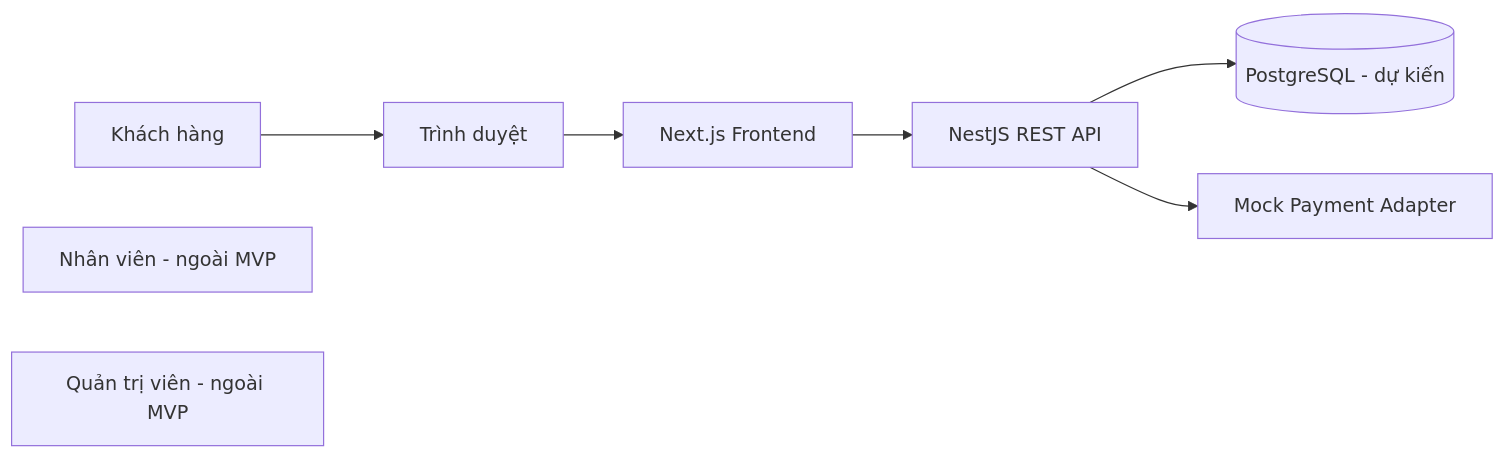
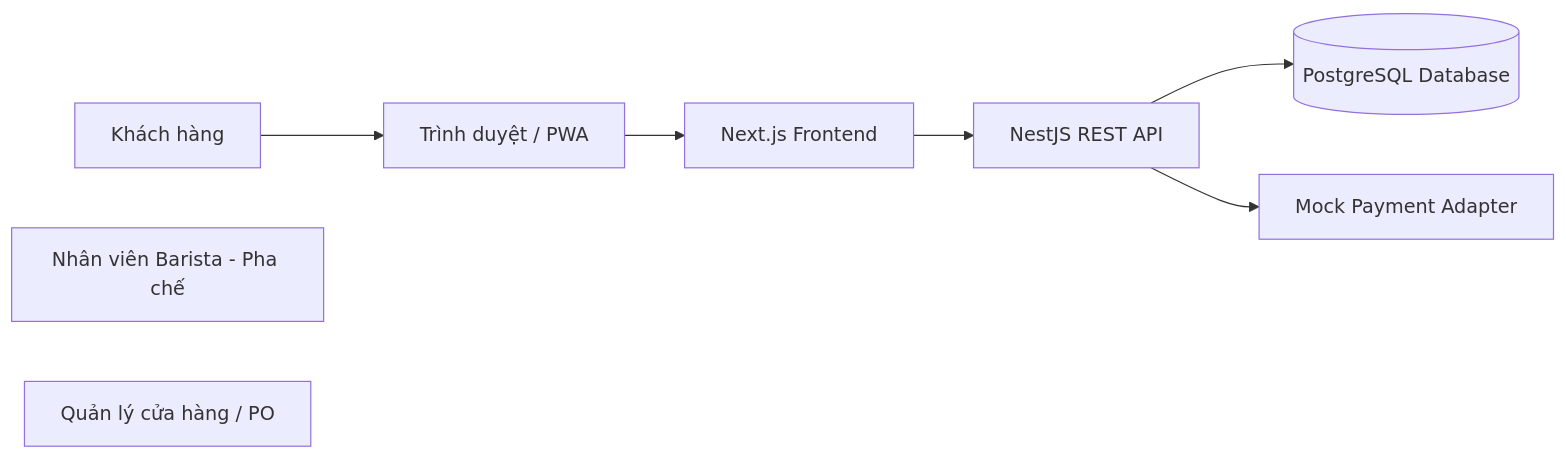
One commit to dcpadangyu/SWE_Project changed the first of 2 diagrams in Docs/architecture/README.md. Above: the diagram before and after it, drawn with Mermaid. The commit also changed other lines of this file and 13 other files, not shown here.

````diff
--- a/Docs/architecture/README.md
+++ b/Docs/architecture/README.md
@@ -23,11 +21,11 @@
 ```mermaid
 flowchart LR
-    Customer[Khách hàng] --> Browser[Trình duyệt]
+    Customer[Khách hàng] --> Browser[Trình duyệt / PWA]
     Browser --> FE[Next.js Frontend]
     FE --> API[NestJS REST API]
-    API --> DB[(PostgreSQL - dự kiến)]
+    API --> DB[(PostgreSQL Database)]
     API --> Pay[Mock Payment Adapter]
 
-    Staff[Nhân viên - ngoài MVP]
-    Admin[Quản trị viên - ngoài MVP]
+    Staff[Nhân viên Barista - Pha chế]
+    Admin[Quản lý cửa hàng / PO]
 ```
````
